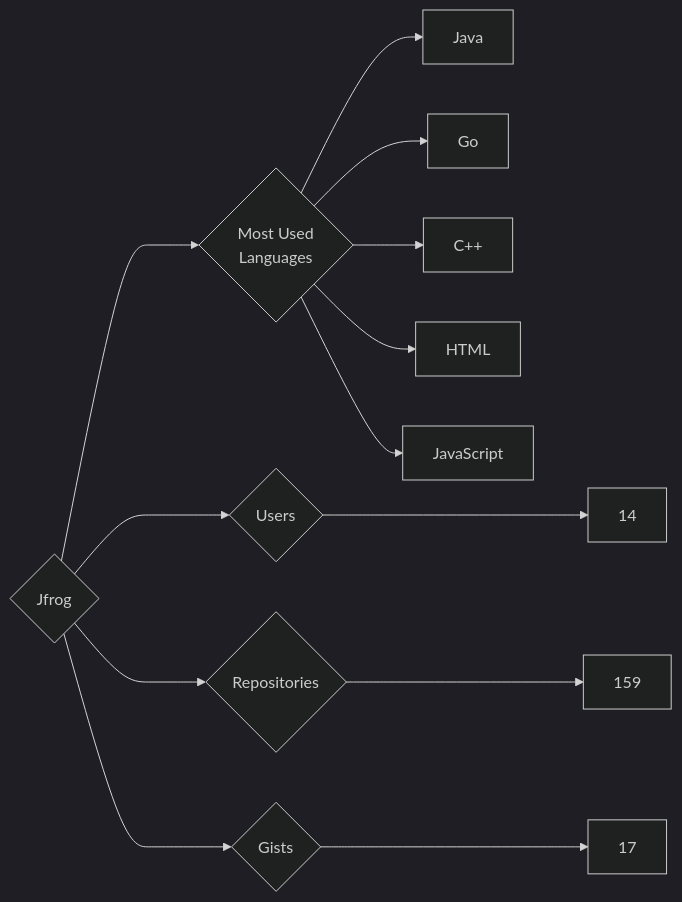
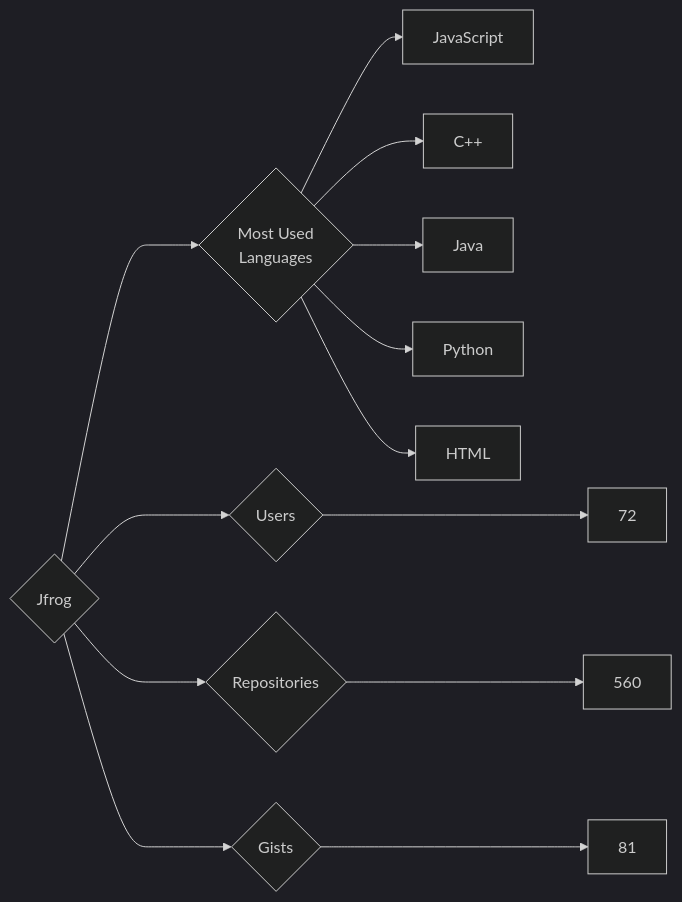
The diagram in targets/Jfrog/README.md (trickest/insiders), drawn with Mermaid (dark theme) before and after one commit. The commit also changed 1389 other files, not shown here.

````diff
--- a/targets/Jfrog/README.md
+++ b/targets/Jfrog/README.md
@@ -3,13 +3,13 @@
 ```mermaid
 graph LR
 COMPANY_NAME{Jfrog}
-COMPANY_NAME ---> U{Users} ---> UN[14]
-COMPANY_NAME ---> R{Repositories} ---> RN[159]
-COMPANY_NAME ---> G{Gists} ---> GN[17]
+COMPANY_NAME ---> U{Users} ---> UN[72]
+COMPANY_NAME ---> R{Repositories} ---> RN[560]
+COMPANY_NAME ---> G{Gists} ---> GN[81]
 COMPANY_NAME ---> ML{Most Used<br>Languages}
+ML --> JavaScript[JavaScript]
+ML --> C++[C++]
 ML --> Java[Java]
-ML --> Go[Go]
-ML --> C++[C++]
+ML --> Python[Python]
 ML --> HTML[HTML]
-ML --> JavaScript[JavaScript]
 ```
````
